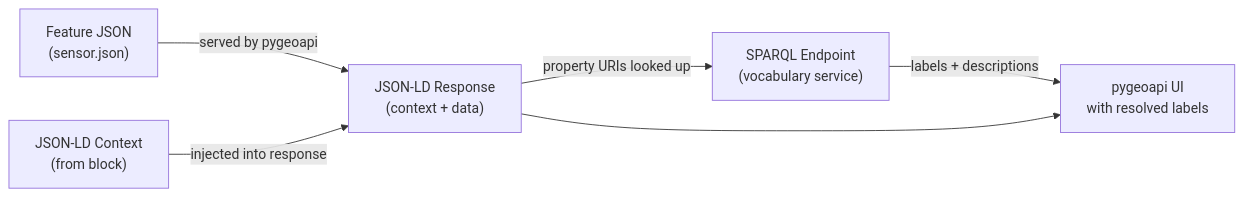
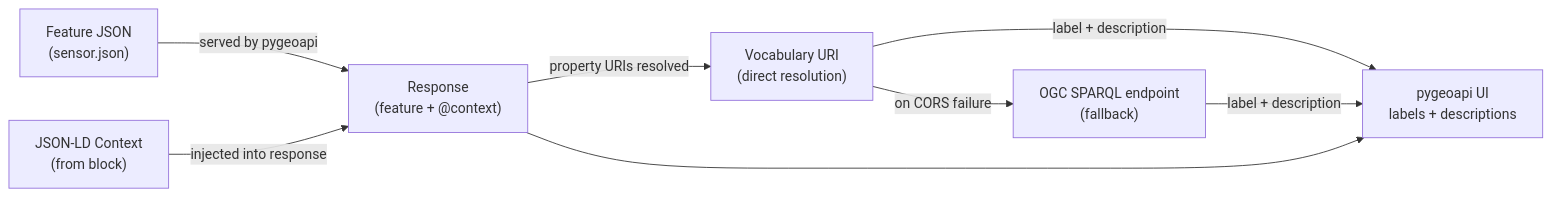
The diagram in tutorials/applied-ogc-blocks/section-3.md (ogcincubator/rainbow-docs-preview), drawn with Mermaid before and after one commit. The commit also changed other lines of this file and 3 other files, not shown here.

````diff
--- a/tutorials/applied-ogc-blocks/section-3.md
+++ b/tutorials/applied-ogc-blocks/section-3.md
@@ -387,14 +394,17 @@
 ```mermaid
 graph LR
     feature["Feature JSON<br/>(sensor.json)"]
     context["JSON-LD Context<br/>(from block)"]
-    ld["JSON-LD Response<br/>(context + data)"]
-    sparql["SPARQL Endpoint<br/>(vocabulary service)"]
-    ui["pygeoapi UI<br/>with resolved labels"]
+    response["Response<br/>(feature + @context)"]
+    vocab["Vocabulary URI<br/>(direct resolution)"]
+    sparql["OGC SPARQL endpoint<br/>(fallback)"]
+    ui["pygeoapi UI<br/>labels + descriptions"]
 
-    feature -- "served by pygeoapi" --> ld
-    context -- "injected into response" --> ld
-    ld -- "property URIs looked up" --> sparql
-    sparql -- "labels + descriptions" --> ui
-    ld --> ui
+    feature -- "served by pygeoapi" --> response
+    context -- "injected into response" --> response
+    response -- "property URIs resolved" --> vocab
+    vocab -- "on CORS failure" --> sparql
+    vocab -- "label + description" --> ui
+    sparql -- "label + description" --> ui
+    response --> ui
 ```
````
